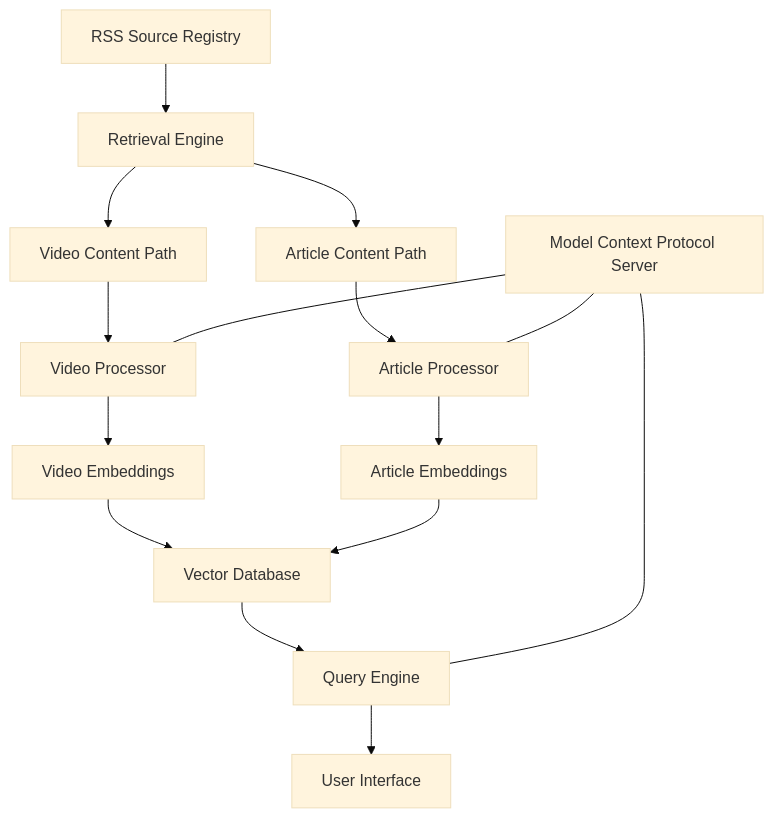
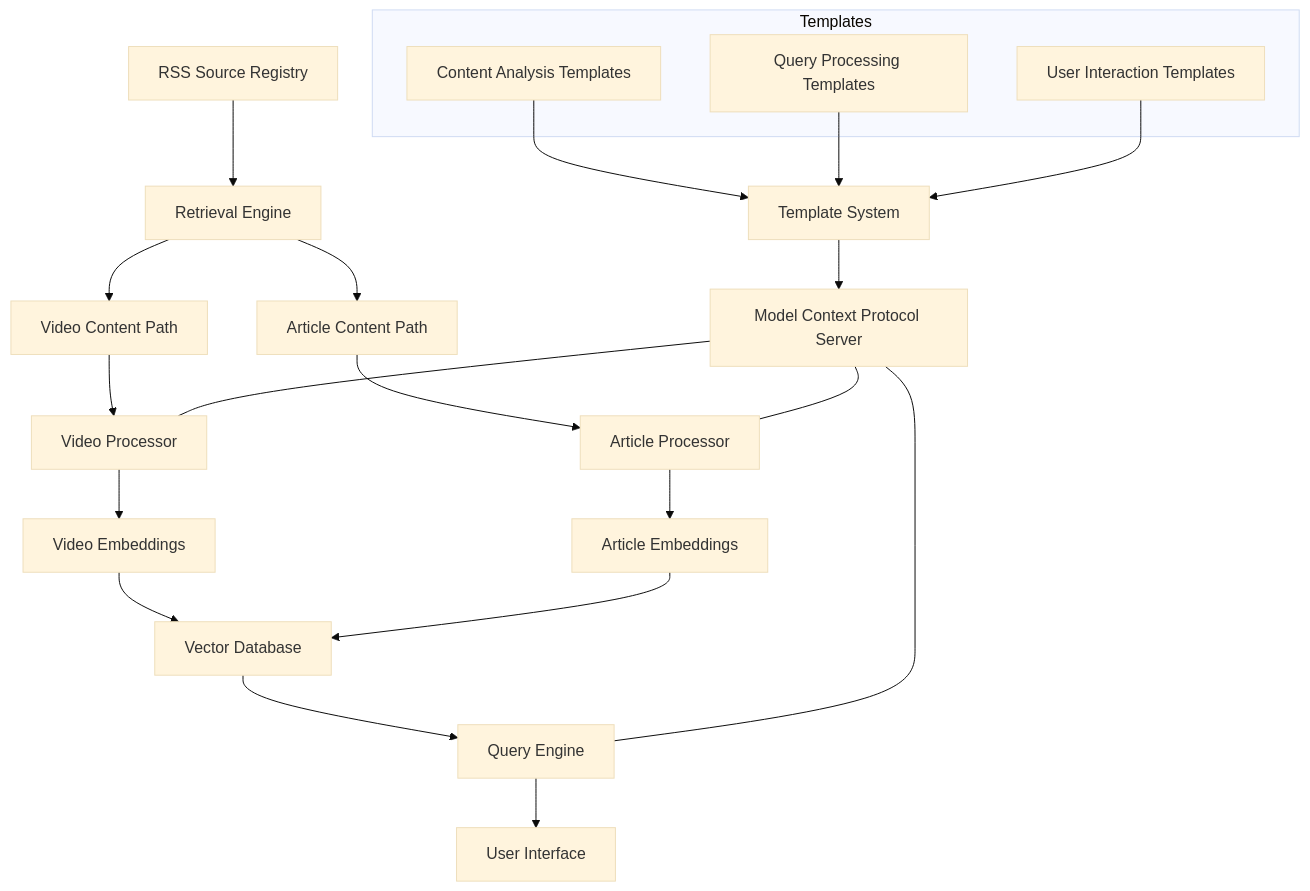
One commit to mpazaryna/lens changed the first of 5 diagrams in docs/prd/architecture.md. Above: the diagram before and after it, drawn with Mermaid (base theme). The commit also changed other lines of this file and 11 other files, not shown here.

````diff
--- a/docs/prd/architecture.md
+++ b/docs/prd/architecture.md
@@ -23,17 +23,29 @@
 ```mermaid
 flowchart TD
     A[RSS Source Registry] --> B[Retrieval Engine]
     B --> C[Video Content Path]
     B --> D[Article Content Path]
     C --> E[Video Processor]
     D --> F[Article Processor]
     E --> G[Video Embeddings]
     F --> H[Article Embeddings]
     G --> I[Vector Database]
     H --> I
     I --> J[Query Engine]
     J --> K[User Interface]
-    L[Model Context Protocol Server] --- E
+
+    M[Template System] --> L[Model Context Protocol Server]
+    L --- E
     L --- F
     L --- J
+
+    subgraph Templates
+    N[Content Analysis Templates]
+    O[Query Processing Templates]
+    P[User Interaction Templates]
+    end
+
+    N --> M
+    O --> M
+    P --> M
 ```
````
